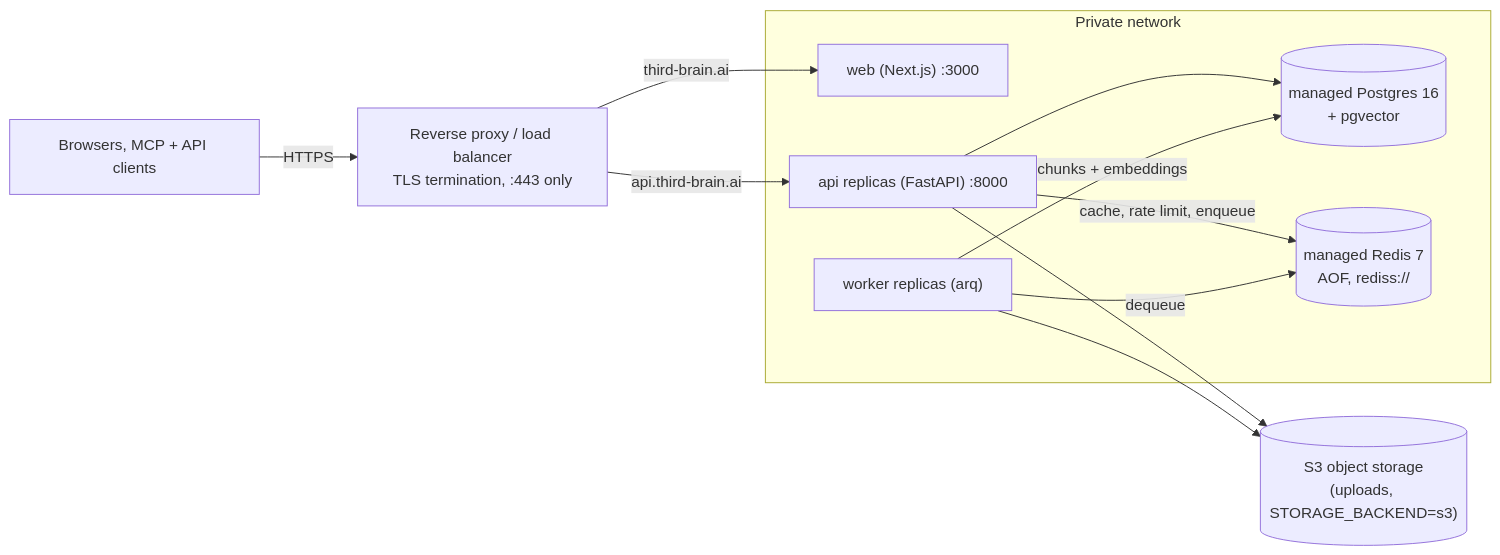
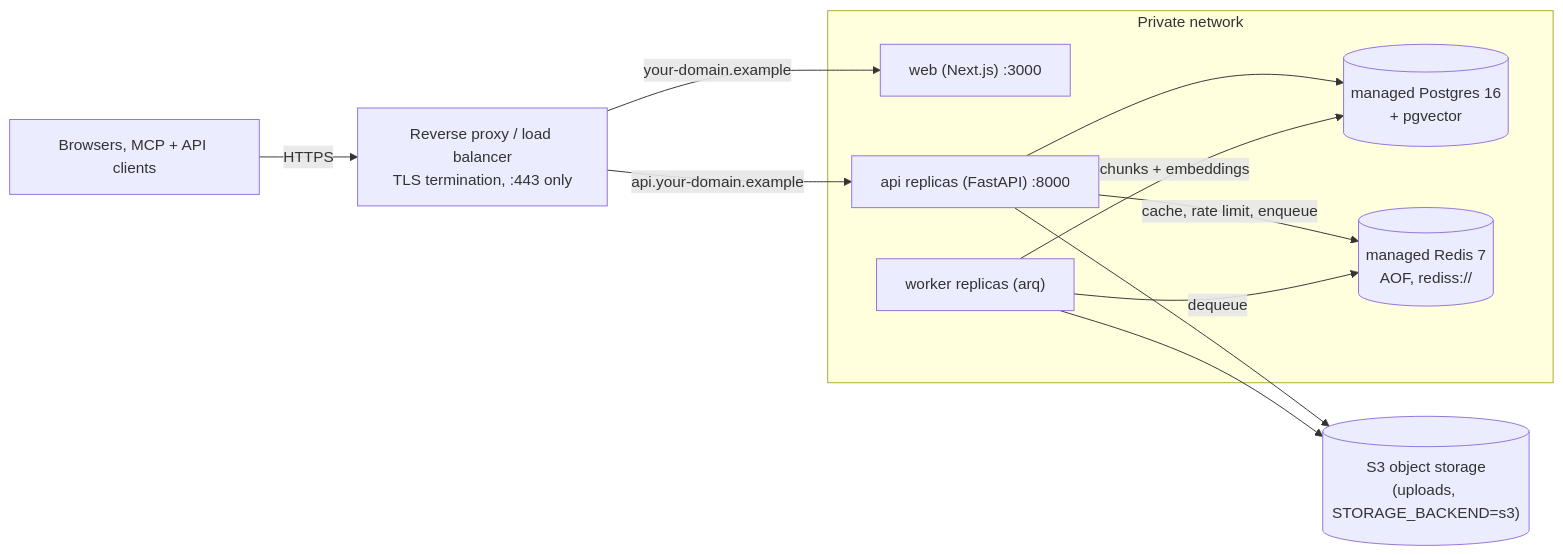
The second of 2 diagrams in docs/DEPLOYMENT.md (km322/Third-Brain), drawn with Mermaid before and after one commit. The commit also changed other lines of this file and 152 other files, not shown here.

First line of the commit message:
Make Third Brain fully open source

````diff
--- a/docs/DEPLOYMENT.md
+++ b/docs/DEPLOYMENT.md
@@ -309,22 +309,22 @@
 ```mermaid
 flowchart LR
     clients["Browsers, MCP + API clients"]
     proxy["Reverse proxy / load balancer<br/>TLS termination, :443 only"]
     s3[("S3 object storage<br/>(uploads, STORAGE_BACKEND=s3)")]
     subgraph private["Private network"]
         web["web (Next.js) :3000"]
         api["api replicas (FastAPI) :8000"]
         worker["worker replicas (arq)"]
         pg[("managed Postgres 16<br/>+ pgvector")]
         rd[("managed Redis 7<br/>AOF, rediss://")]
     end
     clients -->|"HTTPS"| proxy
-    proxy -->|"third-brain.ai"| web
-    proxy -->|"api.third-brain.ai"| api
+    proxy -->|"your-domain.example"| web
+    proxy -->|"api.your-domain.example"| api
     api --> pg
     api -->|"cache, rate limit, enqueue"| rd
     worker -->|"dequeue"| rd
     worker -->|"chunks + embeddings"| pg
     api --> s3
     worker --> s3
 ```
````
